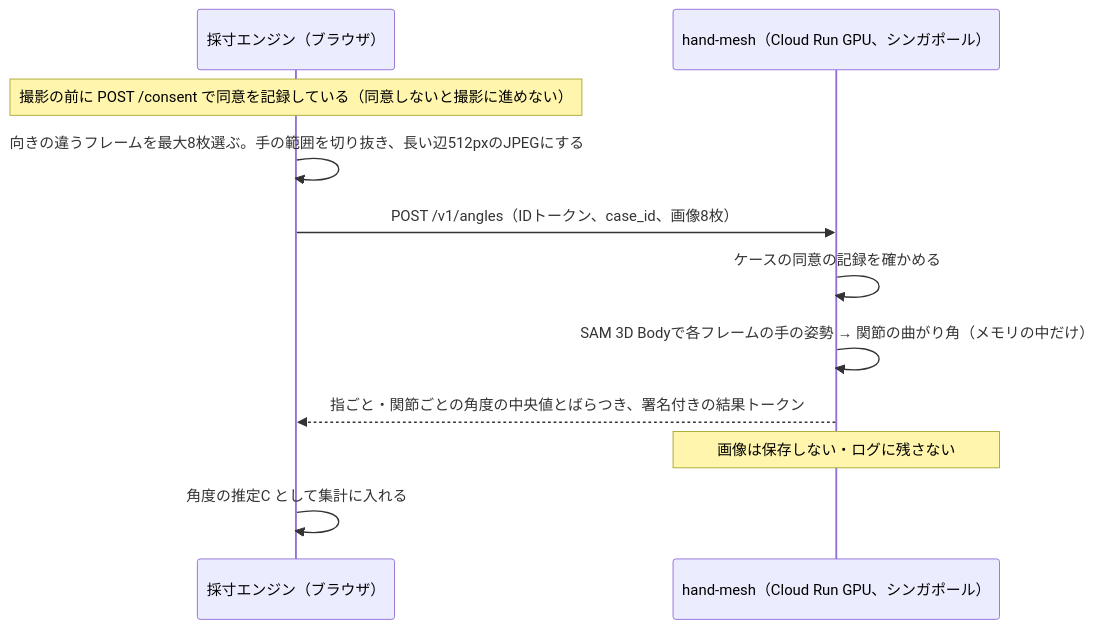
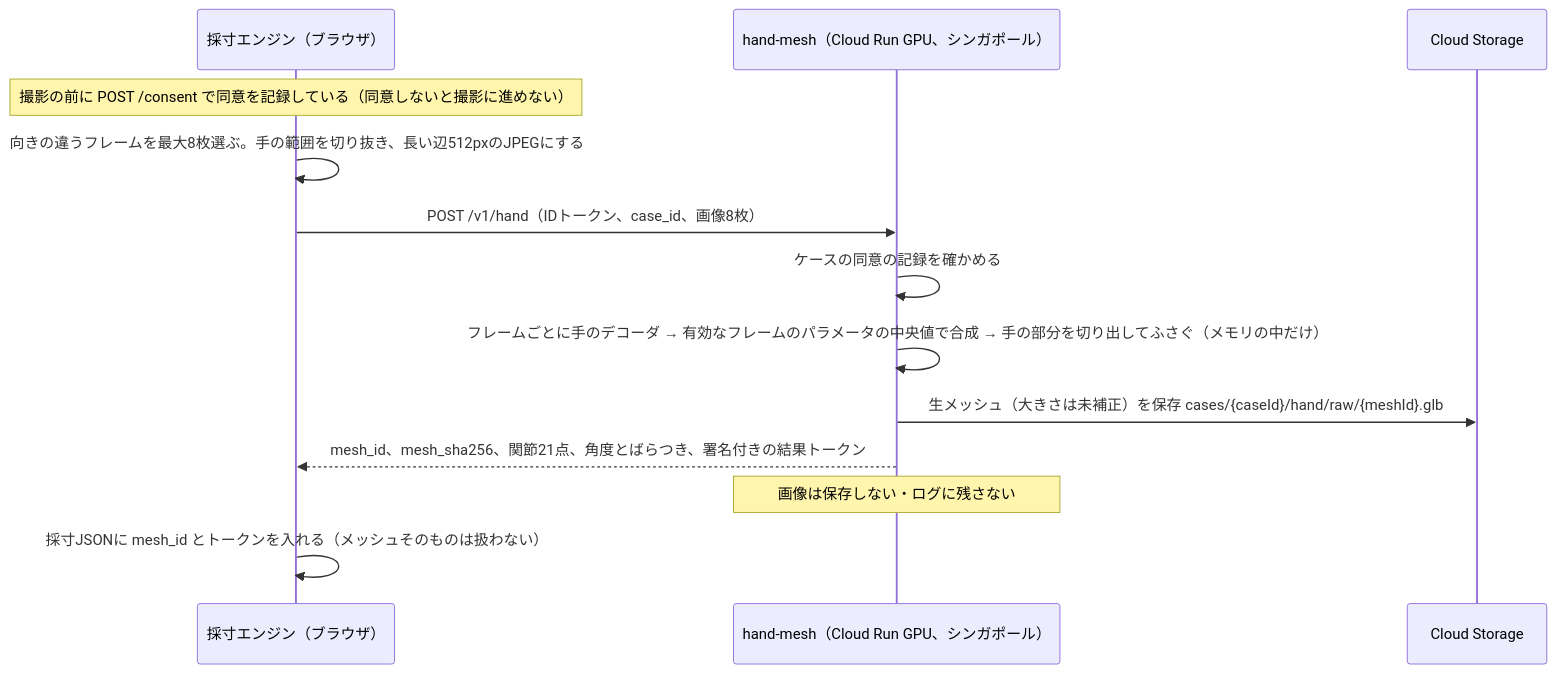
Before and after one commit to Devfest-Hackathon-2026/df-2026-t101: the second of 2 diagrams in docs/measurement.md, drawn with Mermaid. The commit also changed other lines of this file and 21 other files, not shown here.

````diff
--- a/docs/measurement.md
+++ b/docs/measurement.md
@@ -366,13 +397,15 @@
 ```mermaid
 sequenceDiagram
   participant EN as 採寸エンジン（ブラウザ）
   participant HM as hand-mesh（Cloud Run GPU、シンガポール）
+  participant ST as Cloud Storage
   Note over EN: 撮影の前に POST /consent で同意を記録している（同意しないと撮影に進めない）
   EN->>EN: 向きの違うフレームを最大8枚選ぶ。手の範囲を切り抜き、長い辺512pxのJPEGにする
-  EN->>HM: POST /v1/angles（IDトークン、case_id、画像8枚）
+  EN->>HM: POST /v1/hand（IDトークン、case_id、画像8枚）
   HM->>HM: ケースの同意の記録を確かめる
-  HM->>HM: SAM 3D Bodyで各フレームの手の姿勢 → 関節の曲がり角（メモリの中だけ）
-  HM-->>EN: 指ごと・関節ごとの角度の中央値とばらつき、署名付きの結果トークン
+  HM->>HM: フレームごとに手のデコーダ → 有効なフレームのパラメータの中央値で合成 → 手の部分を切り出してふさぐ（メモリの中だけ）
+  HM->>ST: 生メッシュ（大きさは未補正）を保存 cases/{caseId}/hand/raw/{meshId}.glb
+  HM-->>EN: mesh_id、mesh_sha256、関節21点、角度とばらつき、署名付きの結果トークン
   Note over HM: 画像は保存しない・ログに残さない
-  EN->>EN: 角度の推定C として集計に入れる
+  EN->>EN: 採寸JSONに mesh_id とトークンを入れる（メッシュそのものは扱わない）
 ```
````
